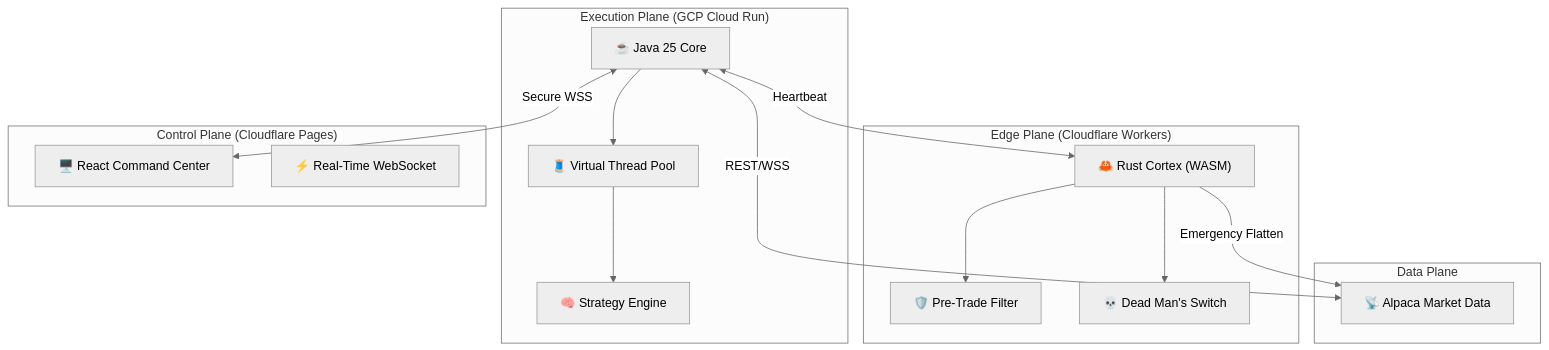
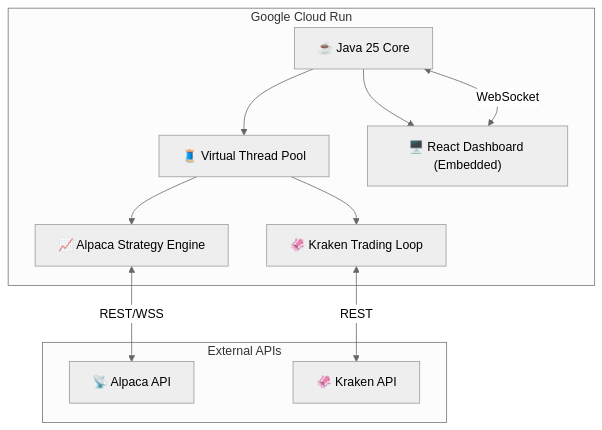
Before and after one commit to ip888/algo-trading-platform: the diagram in README.md, drawn with Mermaid (neutral theme). The commit also changed other lines of this file and 3 other files, not shown here.

````diff
--- a/README.md
+++ b/README.md
@@ -19,34 +23,24 @@
 ```mermaid
 graph TD
-    subgraph "Execution Plane (GCP Cloud Run)"
+    subgraph "Google Cloud Run"
         JavaCore["☕ Java 25 Core"]
         VirtualThreads["🧵 Virtual Thread Pool"]
-        Strategy["🧠 Strategy Engine"]
+        AlpacaStrategy["📈 Alpaca Strategy Engine"]
+        KrakenStrategy["🦑 Kraken Trading Loop"]
+        Dashboard["🖥️ React Dashboard (Embedded)"]
         
         JavaCore --> VirtualThreads
-        VirtualThreads --> Strategy
+        VirtualThreads --> AlpacaStrategy
+        VirtualThreads --> KrakenStrategy
+        JavaCore --> Dashboard
     end
 
-    subgraph "Edge Plane (Cloudflare Workers)"
-        RustCortex["🦀 Rust Cortex (WASM)"]
-        EdgeFilter["🛡️ Pre-Trade Filter"]
-        DeadManSwitch["💀 Dead Man's Switch"]
-
-        RustCortex --> EdgeFilter
-        RustCortex --> DeadManSwitch
+    subgraph "External APIs"
+        AlpacaAPI["📡 Alpaca API"]
+        KrakenAPI["🦑 Kraken API"]
     end
 
-    subgraph "Control Plane (Cloudflare Pages)"
-        Dashboard["🖥️ React Command Center"]
-        State["⚡ Real-Time WebSocket"]
-    end
-
-    subgraph "Data Plane"
-        AlpacaAPI["📡 Alpaca Market Data"]
-    end
-
-    JavaCore <-->|Heartbeat| RustCortex
-    RustCortex -->|Emergency Flatten| AlpacaAPI
-    JavaCore <-->|REST/WSS| AlpacaAPI
-    JavaCore <-->|Secure WSS| Dashboard
+    AlpacaStrategy <-->|REST/WSS| AlpacaAPI
+    KrakenStrategy <-->|REST| KrakenAPI
+    Dashboard <-->|WebSocket| JavaCore
 ```
````
